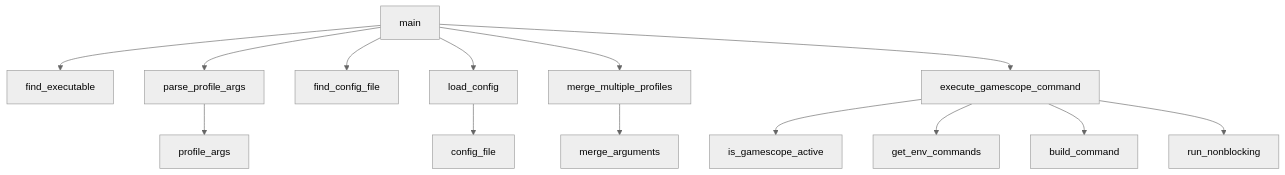
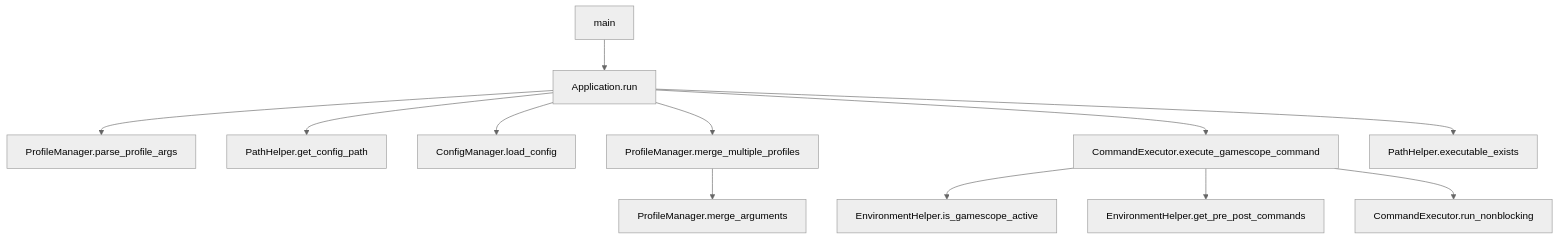
Before and after one commit to WombatFromHell/neoscopebuddy: the first of 3 diagrams in DESIGN.md, drawn with Mermaid (neutral theme). The commit also changed other lines of this file and 7 other files, not shown here.

````diff
--- a/DESIGN.md
+++ b/DESIGN.md
@@ -18,16 +18,14 @@
 ```mermaid
 graph TB
-    A[main] --> B[find_executable]
-    A --> C[parse_profile_args]
-    C --> D[profile_args]
-    A --> E[find_config_file]
-    A --> F[load_config]
-    F --> G[config_file]
-    A --> H[merge_multiple_profiles]
-    A --> I[execute_gamescope_command]
-    H --> J[merge_arguments]
-    I --> K[is_gamescope_active]
-    I --> L[get_env_commands]
-    I --> M[build_command]
-    I --> N[run_nonblocking]
+    A[main] --> A0[Application.run]
+    A0 --> A1[ProfileManager.parse_profile_args]
+    A0 --> A2[PathHelper.get_config_path]
+    A0 --> A3[ConfigManager.load_config]
+    A0 --> A4[ProfileManager.merge_multiple_profiles]
+    A0 --> A5[CommandExecutor.execute_gamescope_command]
+    A4 --> A6[ProfileManager.merge_arguments]
+    A5 --> A7[EnvironmentHelper.is_gamescope_active]
+    A5 --> A8[EnvironmentHelper.get_pre_post_commands]
+    A5 --> A9[CommandExecutor.run_nonblocking]
+    A0 --> A10[PathHelper.executable_exists]
 ```
````
